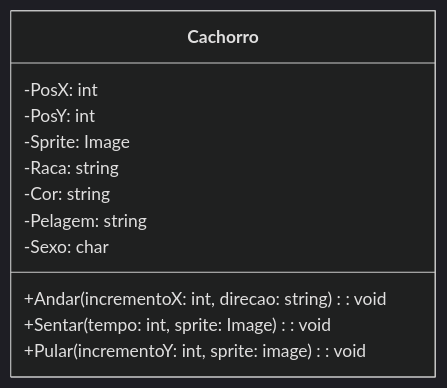
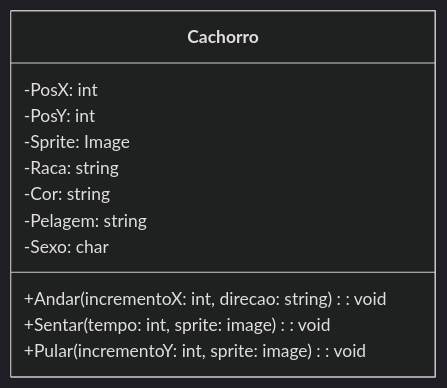
Before and after one commit to NataliaNogueira1/ADS_BackEnd: the second of 5 diagrams in lista_01_poo_uml/lista1_oop_uml.md, drawn with Mermaid (dark theme). The commit also changed other lines of this file, not shown here.

````diff
--- a/lista_01_poo_uml/lista1_oop_uml.md
+++ b/lista_01_poo_uml/lista1_oop_uml.md
@@ -37,15 +37,15 @@
     ```mermaid
         classDiagram
         class Cachorro {
             -PosX: int
             -PosY: int
             -Sprite: Image
             -Raca: string
             -Cor: string
             -Pelagem: string
             -Sexo: char
             +Andar(incrementoX: int, direcao: string): void
-            +Sentar(tempo: int, sprite: Image): void
+            +Sentar(tempo: int, sprite: image): void
             +Pular(incrementoY: int, sprite: image): void
         }
     ```
````
